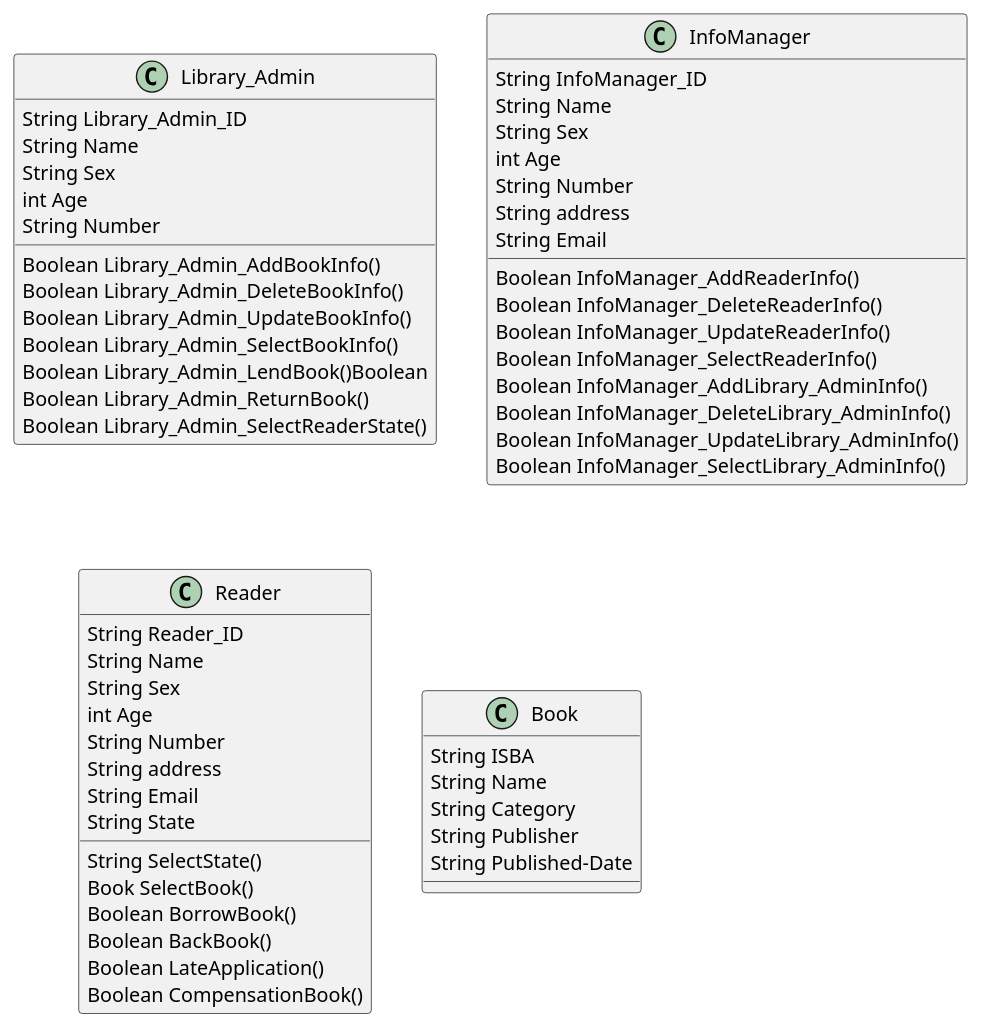
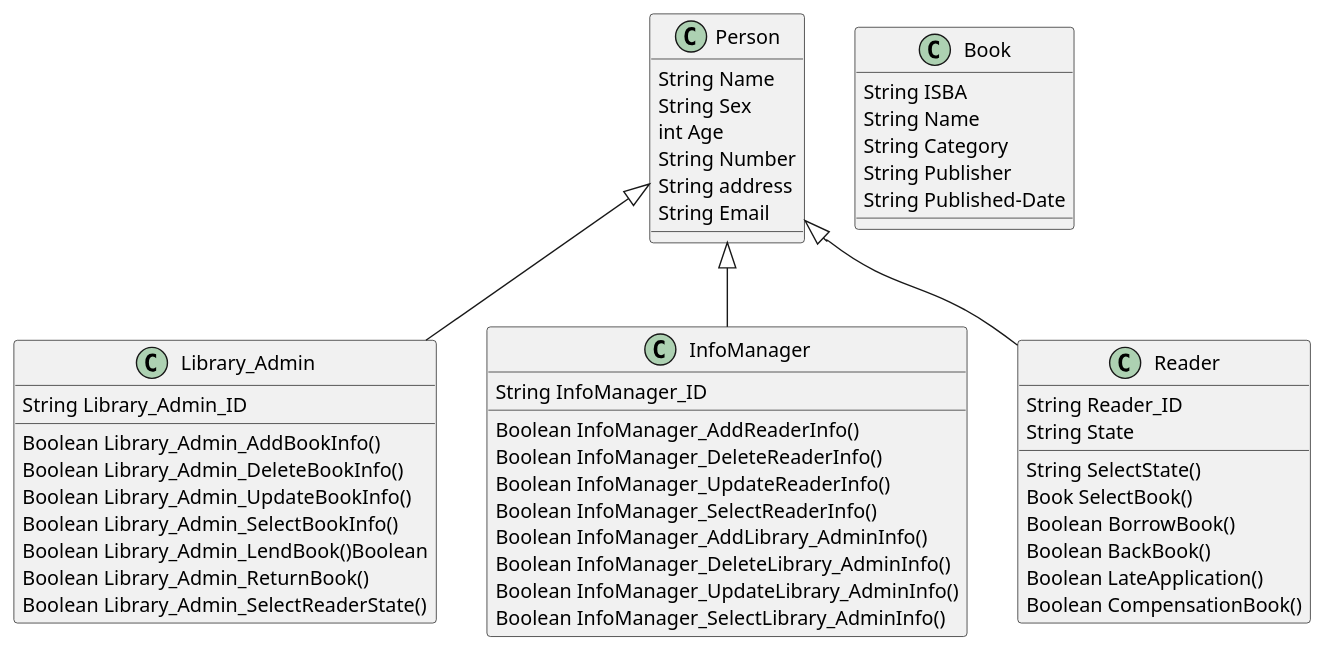
The diagram in test3/object_flow.puml (z915287285/is_analysis), drawn with PlantUML before and after one commit.

```diff
--- a/test3/object_flow.puml
+++ b/test3/object_flow.puml
@@ -1,57 +1,51 @@
 @startuml
-class Library_Admin {
-  String Library_Admin_ID
+class Person {
   String Name
   String Sex
   int Age
   String Number
+  String address
+  String Email
+}
+class Library_Admin {
+  String Library_Admin_ID
   Boolean Library_Admin_AddBookInfo()
   Boolean Library_Admin_DeleteBookInfo()
   Boolean Library_Admin_UpdateBookInfo()
   Boolean Library_Admin_SelectBookInfo()
   Boolean Library_Admin_LendBook()Boolean
   Boolean Library_Admin_ReturnBook()
   Boolean Library_Admin_SelectReaderState()
 }
 class InfoManager {
   String InfoManager_ID
-  String Name
-  String Sex
-  int Age
-  String Number
-  String address
-  String Email
   Boolean InfoManager_AddReaderInfo()
   Boolean InfoManager_DeleteReaderInfo()
   Boolean InfoManager_UpdateReaderInfo()
   Boolean InfoManager_SelectReaderInfo()
   Boolean InfoManager_AddLibrary_AdminInfo()
   Boolean InfoManager_DeleteLibrary_AdminInfo()
   Boolean InfoManager_UpdateLibrary_AdminInfo()
   Boolean InfoManager_SelectLibrary_AdminInfo()
 }
 class Reader {
   String Reader_ID
-  String Name
-  String Sex
-  int Age
-  String Number
-  String address
-  String Email
   String State
   String SelectState()
   Book SelectBook()
   Boolean BorrowBook()
   Boolean BackBook()
   Boolean LateApplication()
   Boolean CompensationBook()
 }
 class Book {
   String ISBA
   String Name
   String Category
   String Publisher
   String Published-Date
-
 }
+Person <|-- Library_Admin
+Person <|-- InfoManager
+Person <|-- Reader
 @enduml
```
